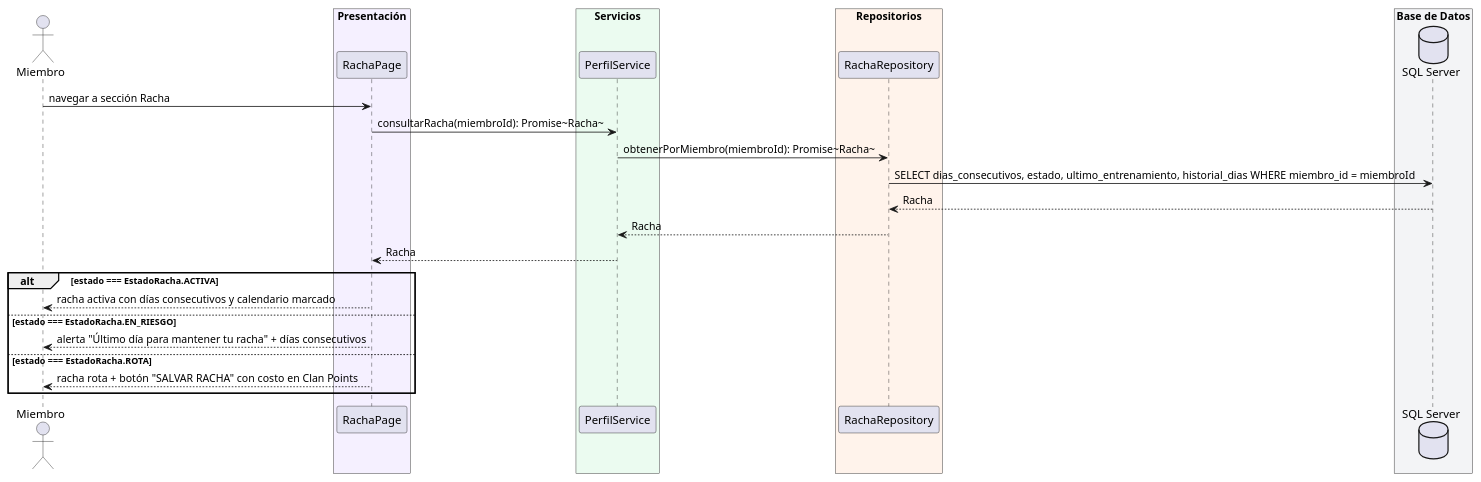
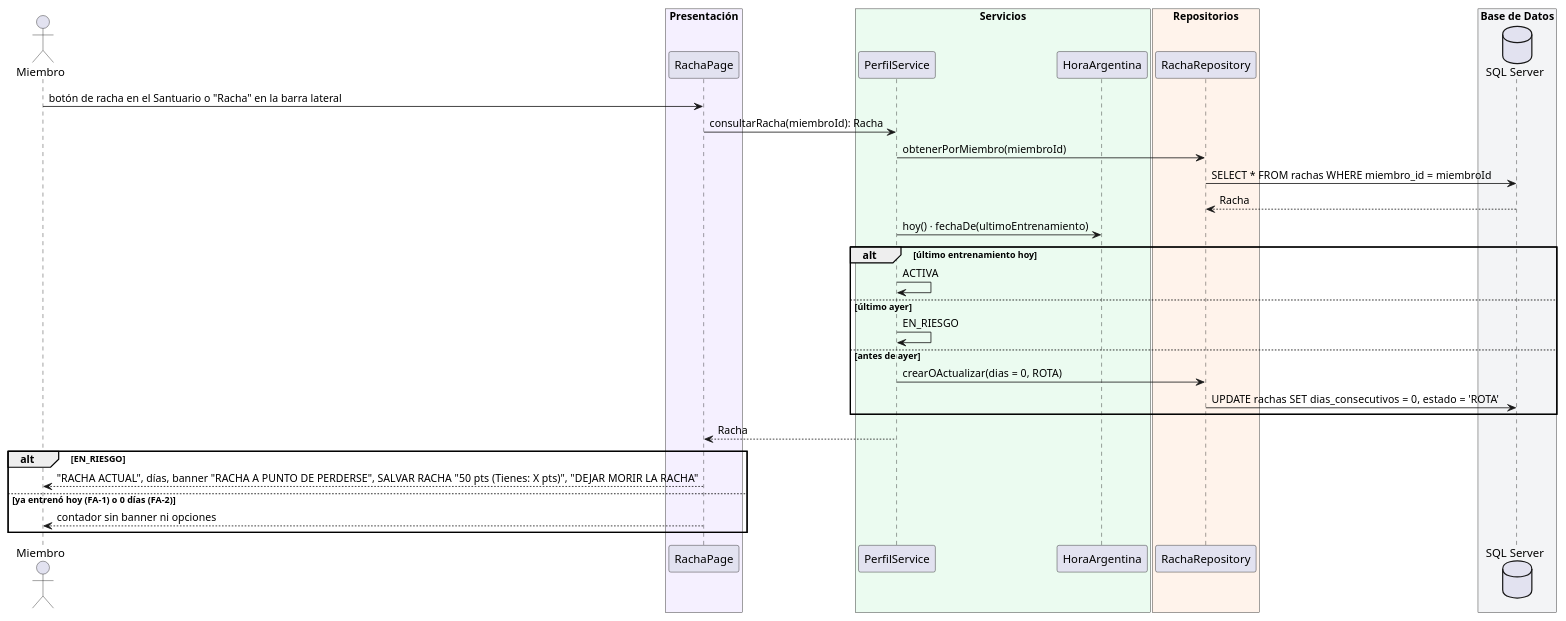
The second of 7 diagrams in silverback/docs/secuencias-cu005.md (nicolassepulveda13/SAP), drawn with PlantUML before and after one commit. The commit also changed other lines of this file and 82 other files, not shown here.

````diff
--- a/silverback/docs/secuencias-cu005.md
+++ b/silverback/docs/secuencias-cu005.md
@@ -71,39 +66,45 @@
 ```plantuml
 @startuml CU-005-002
 
 actor Miembro
 
 box "Presentación" #F5F0FF
   participant "RachaPage" as Page
 end box
 
 box "Servicios" #EBFBF0
   participant "PerfilService" as Svc
+  participant "HoraArgentina" as Hora
 end box
 
 box "Repositorios" #FFF3EB
-  participant "RachaRepository" as Repo
+  participant "RachaRepository" as RachaRepo
 end box
 
 box "Base de Datos" #F3F4F6
   database "SQL Server" as DB
 end box
 
-Miembro -> Page: navegar a sección Racha
-Page -> Svc: consultarRacha(miembroId): Promise~Racha~
-Svc -> Repo: obtenerPorMiembro(miembroId): Promise~Racha~
-Repo -> DB: SELECT dias_consecutivos, estado, ultimo_entrenamiento, historial_dias WHERE miembro_id = miembroId
-DB --> Repo: Racha
-Repo --> Svc: Racha
+Miembro -> Page: botón de racha en el Santuario o "Racha" en la barra lateral
+Page -> Svc: consultarRacha(miembroId): Racha
+Svc -> RachaRepo: obtenerPorMiembro(miembroId)
+RachaRepo -> DB: SELECT * FROM rachas WHERE miembro_id = miembroId
+DB --> RachaRepo: Racha
+Svc -> Hora: hoy() · fechaDe(ultimoEntrenamiento)
+alt último entrenamiento hoy
+    Svc -> Svc: ACTIVA
+else último ayer
+    Svc -> Svc: EN_RIESGO
+else antes de ayer
+    Svc -> RachaRepo: crearOActualizar(dias = 0, ROTA)
+    RachaRepo -> DB: UPDATE rachas SET dias_consecutivos = 0, estado = 'ROTA'
+end
 Svc --> Page: Racha
-
-alt estado === EstadoRacha.ACTIVA
-    Page --> Miembro: racha activa con días consecutivos y calendario marcado
-else estado === EstadoRacha.EN_RIESGO
-    Page --> Miembro: alerta "Último día para mantener tu racha" + días consecutivos
-else estado === EstadoRacha.ROTA
-    Page --> Miembro: racha rota + botón "SALVAR RACHA" con costo en Clan Points
+alt EN_RIESGO
+    Page --> Miembro: "RACHA ACTUAL", días, banner "RACHA A PUNTO DE PERDERSE", SALVAR RACHA "50 pts (Tienes: X pts)", "DEJAR MORIR LA RACHA"
+else ya entrenó hoy (FA-1) o 0 días (FA-2)
+    Page --> Miembro: contador sin banner ni opciones
 end
 
 @enduml
 ```
````
